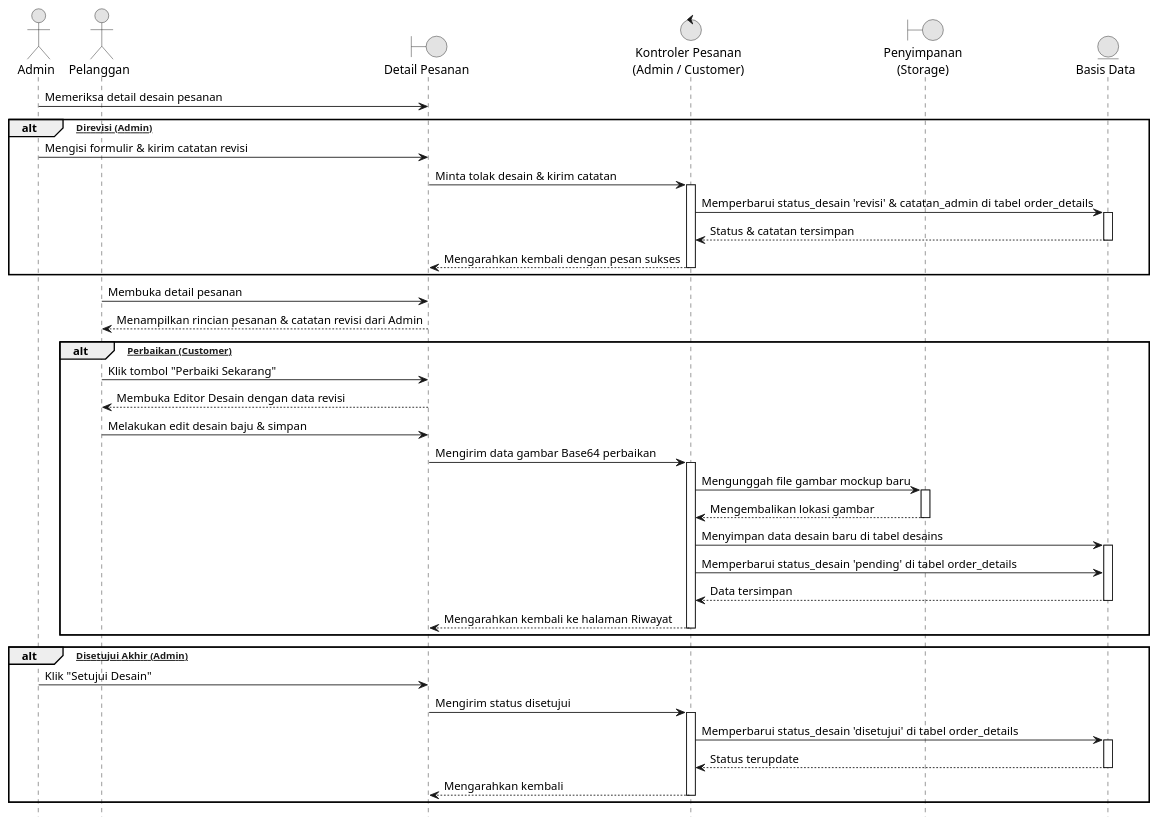
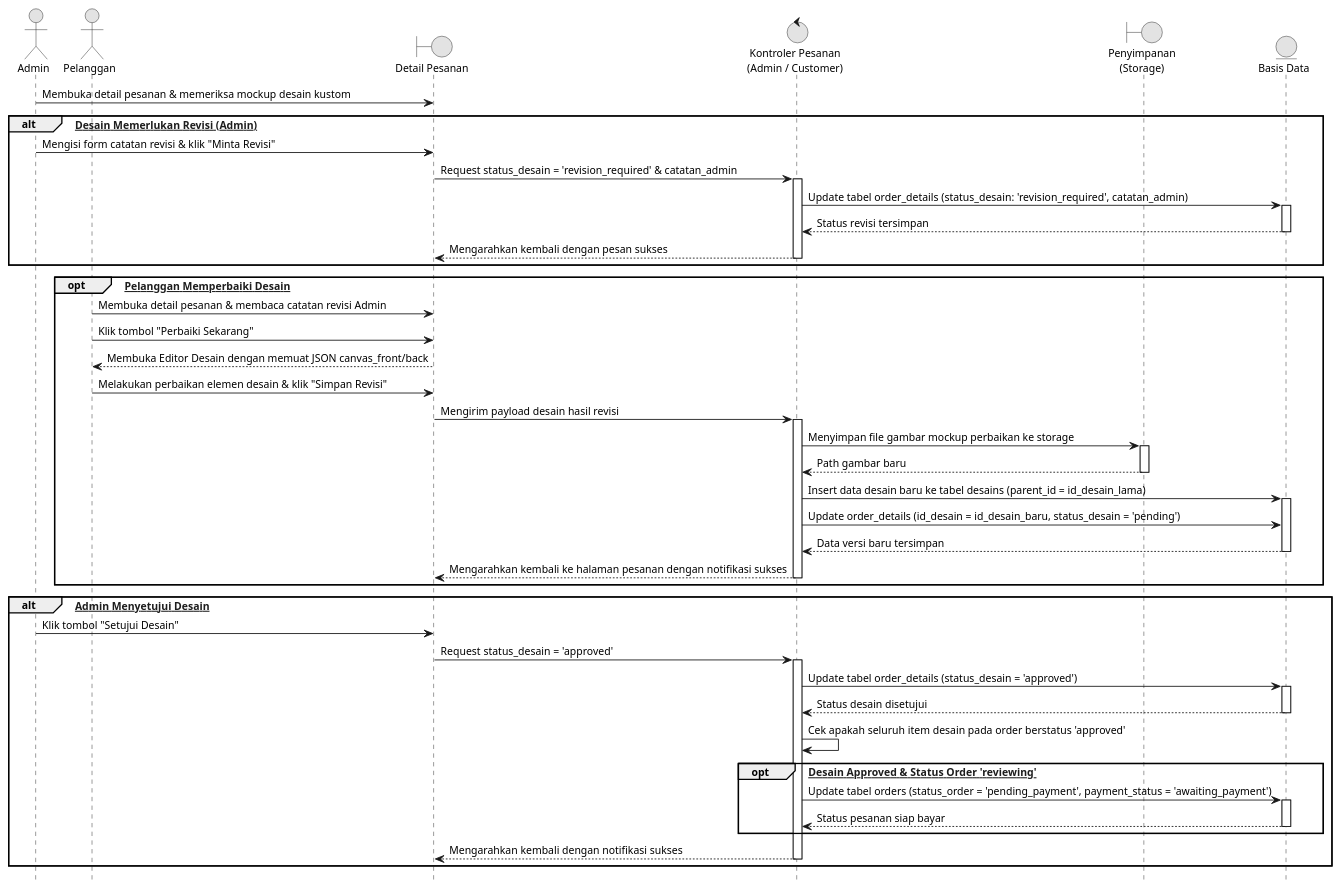
Before and after one commit to Reyonl/project_TA: the ninth of 11 diagrams in docs/diagrams/semua_diagram.puml, drawn with PlantUML. The commit also changed other lines of this file and 25 other files, not shown here.

Commit message:
docs: regenerate thesis diagrams, add class/LRS diagrams and viewers

```diff
--- a/docs/diagrams/semua_diagram.puml
+++ b/docs/diagrams/semua_diagram.puml
@@ -259,60 +356,68 @@
 @startuml 09_Review_Desain
 hide footbox
+skinparam backgroundColor white
 skinparam monochrome true
 skinparam shadowing false
+skinparam DefaultFontName Arial
+skinparam DefaultFontSize 12
 
 actor "Admin" as Admin
 actor "Pelanggan" as Customer
 boundary "Detail Pesanan" as View
 control "Kontroler Pesanan\n(Admin / Customer)" as Controller
 boundary "Penyimpanan\n(Storage)" as Storage
 entity "Basis Data" as DB
 
-Admin -> View : Memeriksa detail desain pesanan
+Admin -> View : Membuka detail pesanan & memeriksa mockup desain kustom
 
-alt [Perlu Direvisi (Admin)]
-    Admin -> View : Mengisi formulir & kirim catatan revisi
-    View -> Controller : Minta tolak desain & kirim catatan
+alt [Kondisi: Desain Memerlukan Revisi (Admin)]
+    Admin -> View : Mengisi form catatan revisi & klik "Minta Revisi"
+    View -> Controller : Request status_desain = 'revision_required' & catatan_admin
     activate Controller
-    Controller -> DB : Memperbarui status_desain 'revisi' & catatan_admin di tabel order_details
+    Controller -> DB : Update tabel order_details (status_desain: 'revision_required', catatan_admin)
     activate DB
-    DB --> Controller : Status & catatan tersimpan
+    DB --> Controller : Status revisi tersimpan
     deactivate DB
     Controller --> View : Mengarahkan kembali dengan pesan sukses
     deactivate Controller
 end
 
-Customer -> View : Membuka detail pesanan
-View --> Customer : Menampilkan rincian pesanan & catatan revisi dari Admin
-
-alt [Mengirim Perbaikan (Customer)]
+opt [Kondisi: Pelanggan Memperbaiki Desain]
+    Customer -> View : Membuka detail pesanan & membaca catatan revisi Admin
     Customer -> View : Klik tombol "Perbaiki Sekarang"
-    View --> Customer : Membuka Editor Desain dengan data revisi
-    Customer -> View : Melakukan edit desain baju & simpan
-    View -> Controller : Mengirim data gambar Base64 perbaikan
+    View --> Customer : Membuka Editor Desain dengan memuat JSON canvas_front/back
+    Customer -> View : Melakukan perbaikan elemen desain & klik "Simpan Revisi"
+    View -> Controller : Mengirim payload desain hasil revisi
     activate Controller
-    Controller -> Storage : Mengunggah file gambar mockup baru
+    Controller -> Storage : Menyimpan file gambar mockup perbaikan ke storage
     activate Storage
-    Storage --> Controller : Mengembalikan lokasi gambar
+    Storage --> Controller : Path gambar baru
     deactivate Storage
-    Controller -> DB : Menyimpan data desain baru di tabel desains
+    Controller -> DB : Insert data desain baru ke tabel desains (parent_id = id_desain_lama)
     activate DB
-    Controller -> DB : Memperbarui status_desain 'pending' di tabel order_details
-    DB --> Controller : Data tersimpan
+    Controller -> DB : Update order_details (id_desain = id_desain_baru, status_desain = 'pending')
+    DB --> Controller : Data versi baru tersimpan
     deactivate DB
-    Controller --> View : Mengarahkan kembali ke halaman Riwayat
+    Controller --> View : Mengarahkan kembali ke halaman pesanan dengan notifikasi sukses
     deactivate Controller
 end
 
-alt [Desain Disetujui Akhir (Admin)]
-    Admin -> View : Klik "Setujui Desain"
-    View -> Controller : Mengirim status disetujui
+alt [Kondisi: Admin Menyetujui Desain]
+    Admin -> View : Klik tombol "Setujui Desain"
+    View -> Controller : Request status_desain = 'approved'
     activate Controller
-    Controller -> DB : Memperbarui status_desain 'disetujui' di tabel order_details
+    Controller -> DB : Update tabel order_details (status_desain = 'approved')
     activate DB
-    DB --> Controller : Status terupdate
+    DB --> Controller : Status desain disetujui
     deactivate DB
-    Controller --> View : Mengarahkan kembali
+    Controller -> Controller : Cek apakah seluruh item desain pada order berstatus 'approved'
+    opt [Semua Desain Approved & Status Order 'reviewing']
+        Controller -> DB : Update tabel orders (status_order = 'pending_payment', payment_status = 'awaiting_payment')
+        activate DB
+        DB --> Controller : Status pesanan siap bayar
+        deactivate DB
+    end
+    Controller --> View : Mengarahkan kembali dengan notifikasi sukses
     deactivate Controller
 end
 @enduml
```
